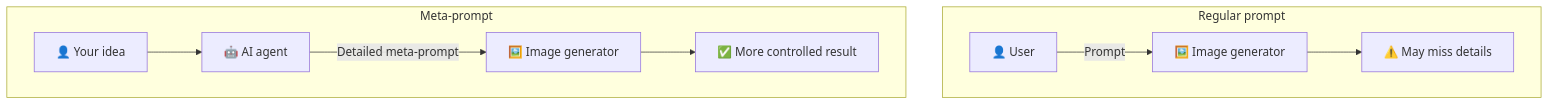
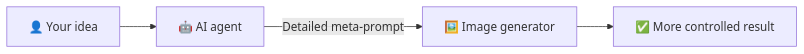
One commit to taewat07/OccMed-ImageGen changed the second of 2 diagrams in README.md. Above: the diagram before and after it, drawn with Mermaid. The commit also changed other lines of this file and 1 other file, not shown here.

Commit message:
stack prompt comparison diagrams vertically

````diff
--- a/README.md
+++ b/README.md
@@ -11,14 +21,6 @@
 ```mermaid
-flowchart TB
-    subgraph regular["Regular prompt"]
-        direction LR
-        R1["👤 User"] -- "Prompt" --> R2["🖼️ Image generator"]
-        R2 --> R3["⚠️ May miss details"]
-    end
-    subgraph meta["Meta-prompt"]
-        direction LR
-        M1["👤 Your idea"] --> M2["🤖 AI agent"]
-        M2 -- "Detailed meta-prompt" --> M3["🖼️ Image generator"]
-        M3 --> M4["✅ More controlled result"]
-    end
+flowchart LR
+    M1["👤 Your idea"] --> M2["🤖 AI agent"]
+    M2 -- "Detailed meta-prompt" --> M3["🖼️ Image generator"]
+    M3 --> M4["✅ More controlled result"]
 ```
````
